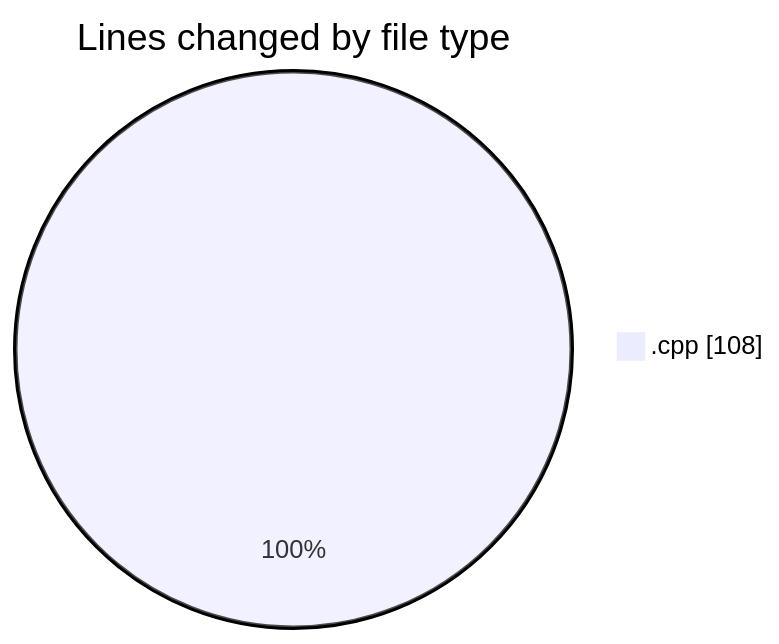
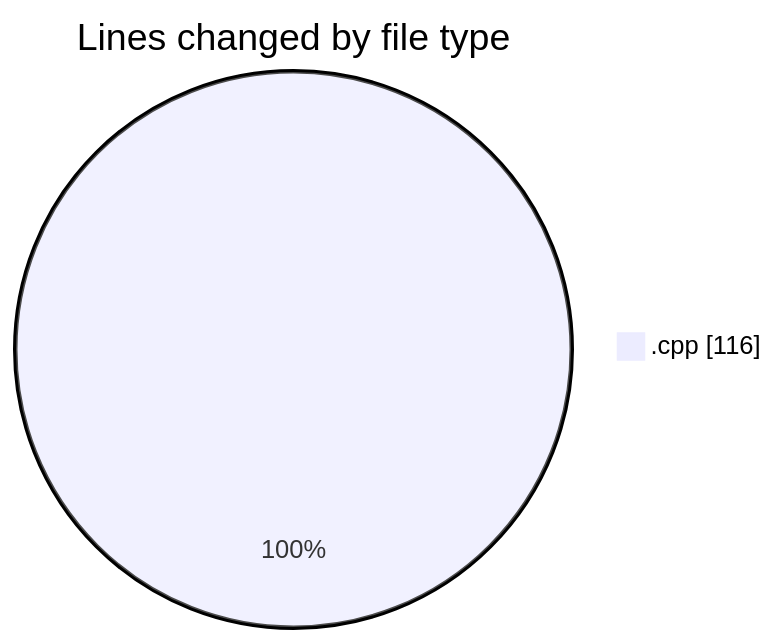
One commit to Netris89/code-tracking changed the first of 2 diagrams in 2025-04-23/echo/README.md. Above: the diagram before and after it, drawn with Mermaid. The commit also changed other lines of this file and 1 other file, not shown here.

````diff
--- a/2025-04-23/echo/README.md
+++ b/2025-04-23/echo/README.md
@@ -20,5 +20,5 @@
 ```mermaid
 pie showData
 title Lines changed by file type
-".cpp" : 108
+".cpp" : 116
 ```
````
